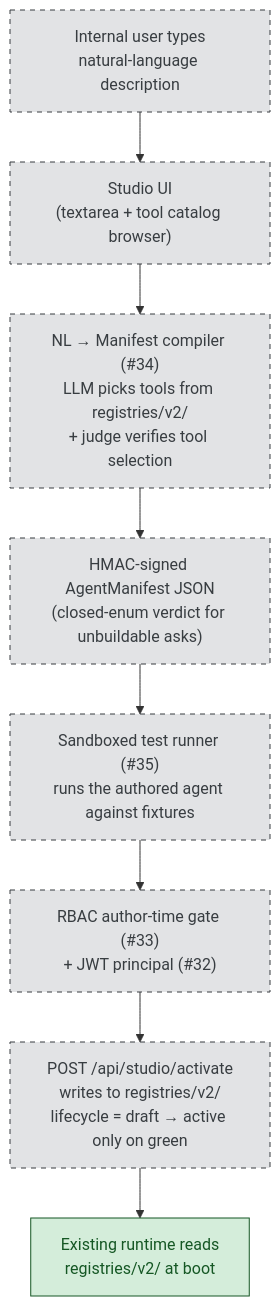
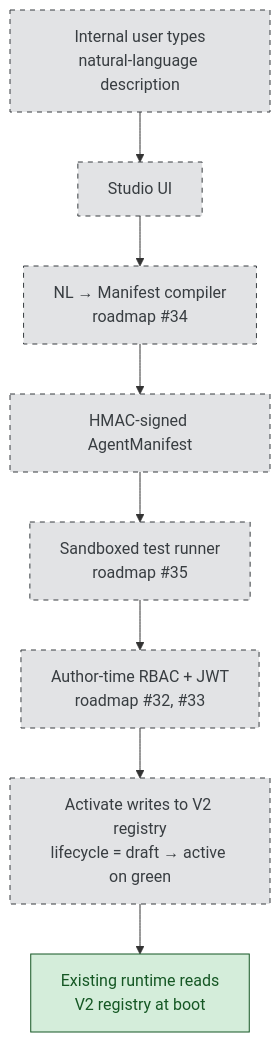
Before and after one commit to Kevinparashar/One-ops-NextGen: the seventh of 7 diagrams in docs/MANAGEMENT-BRIEFING.md, drawn with Mermaid. The commit also changed other lines of this file and 1 other file, not shown here.

````diff
--- a/docs/MANAGEMENT-BRIEFING.md
+++ b/docs/MANAGEMENT-BRIEFING.md
@@ -409,16 +321,16 @@
 ```mermaid
 flowchart TD
     classDef shipped fill:#d4edda,stroke:#155724,color:#155724
     classDef planned fill:#e2e3e5,stroke:#383d41,color:#383d41,stroke-dasharray:5 5
 
     USER["Internal user types<br/>natural-language description"]:::planned
-    UI["Studio UI<br/>(textarea + tool catalog browser)"]:::planned
-    COMP["NL → Manifest compiler (#34)<br/>LLM picks tools from registries/v2/<br/>+ judge verifies tool selection"]:::planned
-    SIGN["HMAC-signed AgentManifest JSON<br/>(closed-enum verdict for unbuildable asks)"]:::planned
-    SAND["Sandboxed test runner (#35)<br/>runs the authored agent against fixtures"]:::planned
-    GATE["RBAC author-time gate (#33)<br/>+ JWT principal (#32)"]:::planned
-    ACT["POST /api/studio/activate<br/>writes to registries/v2/<br/>lifecycle = draft → active only on green"]:::planned
-    RUN["Existing runtime reads<br/>registries/v2/ at boot"]:::shipped
+    UI["Studio UI"]:::planned
+    COMP["NL → Manifest compiler<br/>roadmap #34"]:::planned
+    SIGN["HMAC-signed AgentManifest"]:::planned
+    SAND["Sandboxed test runner<br/>roadmap #35"]:::planned
+    GATE["Author-time RBAC + JWT<br/>roadmap #32, #33"]:::planned
+    ACT["Activate writes to V2 registry<br/>lifecycle = draft → active on green"]:::planned
+    RUN["Existing runtime reads<br/>V2 registry at boot"]:::shipped
 
     USER --> UI --> COMP --> SIGN --> SAND --> GATE --> ACT --> RUN
 ```
````
